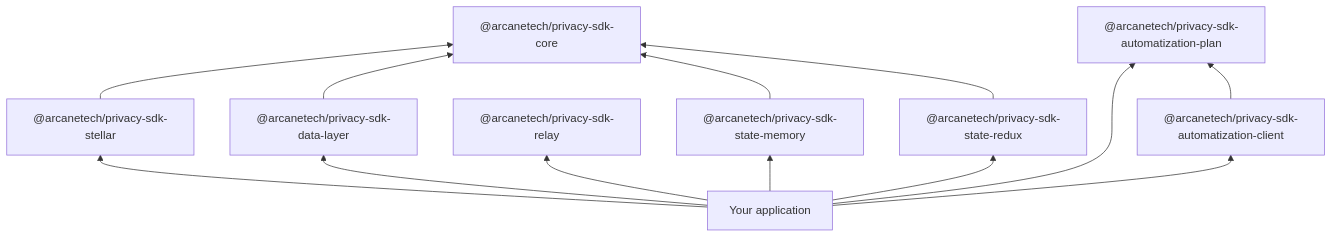
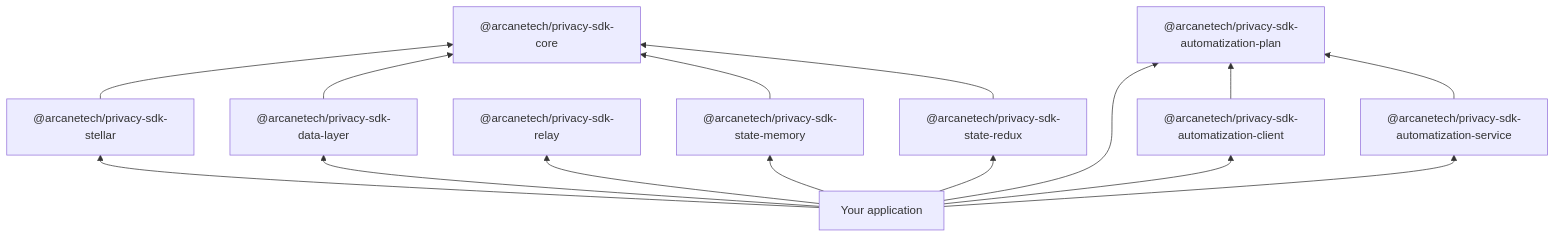
The first of 2 diagrams in docs/overview/packages.mdx (arcanetechhq/privacy-layer-confidential-sdk), drawn with Mermaid before and after one commit. The commit also changed other lines of this file and 22 other files, not shown here.

````diff
--- a/docs/overview/packages.mdx
+++ b/docs/overview/packages.mdx
@@ -18,25 +18,28 @@
 ```mermaid
 flowchart BT
   App[Your application]
   Stellar["@arcanetech/privacy-sdk-stellar"]
   DataLayer["@arcanetech/privacy-sdk-data-layer"]
   Relay["@arcanetech/privacy-sdk-relay"]
   Plan["@arcanetech/privacy-sdk-automatization-plan"]
+  Service["@arcanetech/privacy-sdk-automatization-service"]
   Client["@arcanetech/privacy-sdk-automatization-client"]
   Core["@arcanetech/privacy-sdk-core"]
   Memory["@arcanetech/privacy-sdk-state-memory"]
   Redux["@arcanetech/privacy-sdk-state-redux"]
 
   App --> Stellar
   App --> DataLayer
   App --> Relay
   App --> Plan
+  App --> Service
   App --> Client
   Client --> Plan
+  Service --> Plan
   App --> Memory
   App --> Redux
   Stellar --> Core
   DataLayer --> Core
   Memory --> Core
   Redux --> Core
 ```
````
